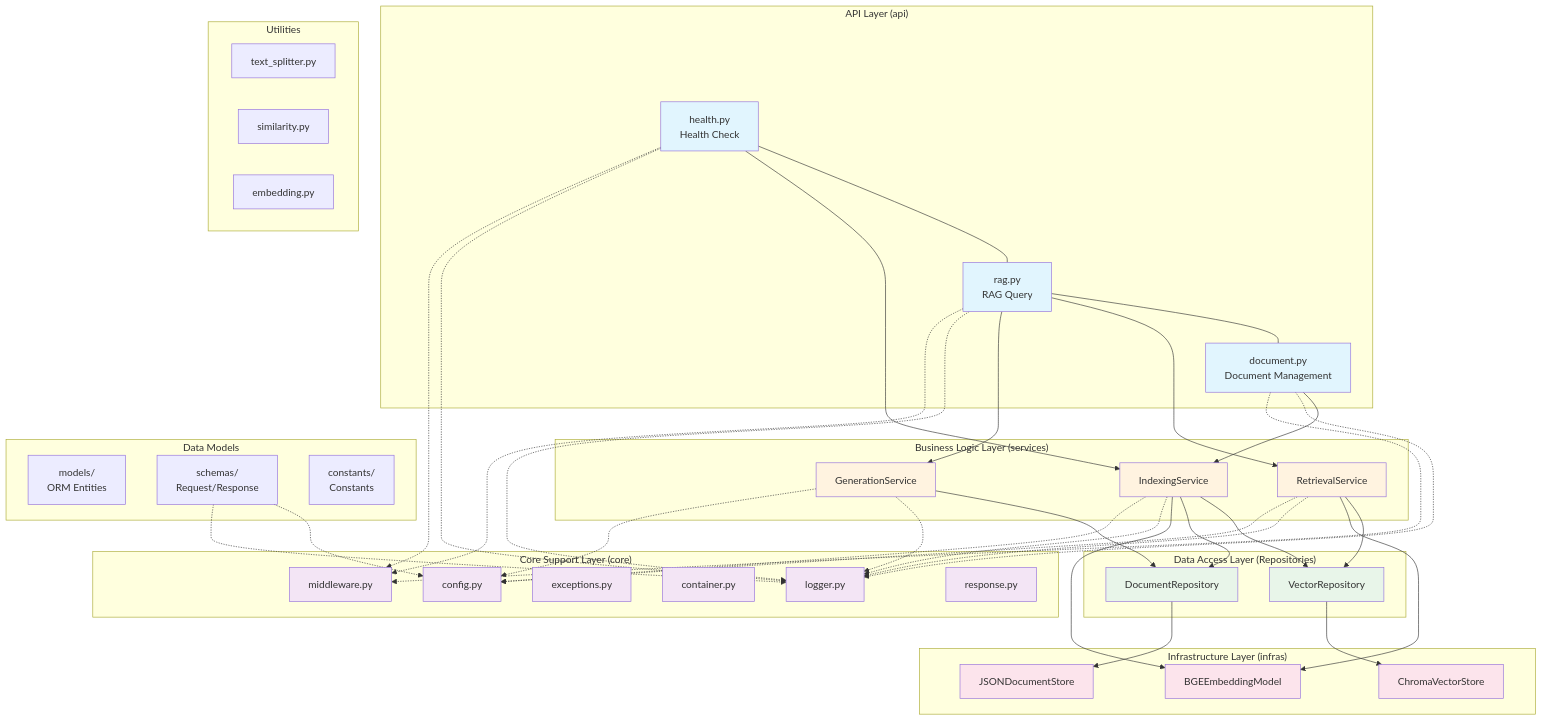
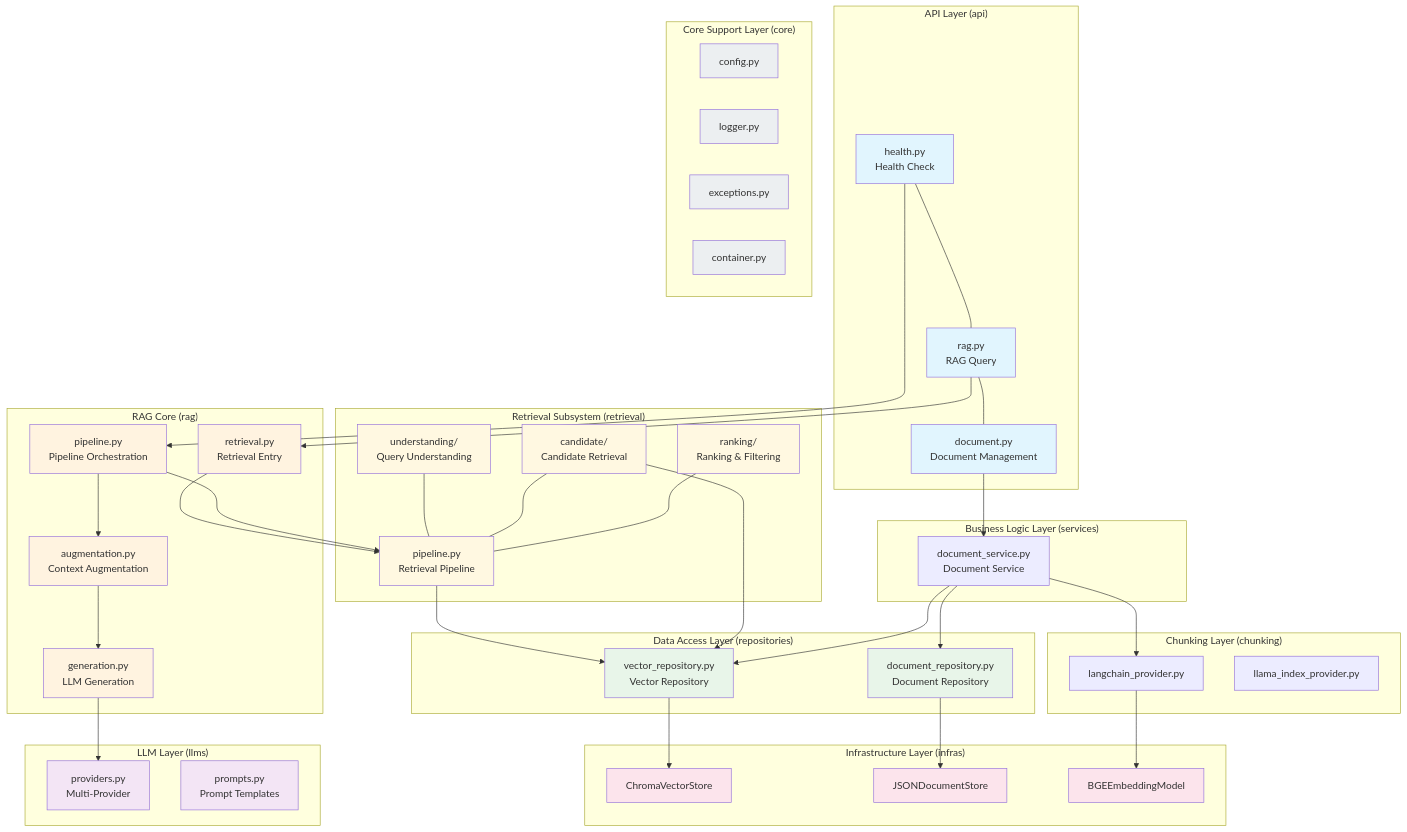
Before and after one commit to chain-engine/x-rag: the first of 3 diagrams in README.en.md, drawn with Mermaid. The commit also changed other lines of this file and 63 other files, not shown here.

````diff
--- a/README.en.md
+++ b/README.en.md
@@ -107,15 +174,30 @@
         A1 --- A2 --- A3
     end
 
-    subgraph "Business Logic Layer (services)"
-        S1["IndexingService"]
-        S2["RetrievalService"]
-        S3["GenerationService"]
+    subgraph "RAG Core (rag)"
+        RAG1["pipeline.py<br/>Pipeline Orchestration"]
+        RAG2["retrieval.py<br/>Retrieval Entry"]
+        RAG3["augmentation.py<br/>Context Augmentation"]
+        RAG4["generation.py<br/>LLM Generation"]
     end
 
-    subgraph "Data Access Layer (Repositories)"
-        R1["VectorRepository"]
-        R2["DocumentRepository"]
+    subgraph "Retrieval Subsystem (retrieval)"
+        RET1["pipeline.py<br/>Retrieval Pipeline"]
+        RET2["understanding/<br/>Query Understanding"]
+        RET3["candidate/<br/>Candidate Retrieval"]
+        RET4["ranking/<br/>Ranking & Filtering"]
+        RET2 --- RET1
+        RET3 --- RET1
+        RET4 --- RET1
+    end
+
+    subgraph "Business Logic Layer (services)"
+        SVC1["document_service.py<br/>Document Service"]
+    end
+
+    subgraph "Data Access Layer (repositories)"
+        REP1["vector_repository.py<br/>Vector Repository"]
+        REP2["document_repository.py<br/>Document Repository"]
     end
 
     subgraph "Infrastructure Layer (infras)"
@@ -124,75 +206,63 @@
         I3["BGEEmbeddingModel"]
     end
 
+    subgraph "LLM Layer (llms)"
+        LLM1["providers.py<br/>Multi-Provider"]
+        LLM2["prompts.py<br/>Prompt Templates"]
+    end
+
+    subgraph "Chunking Layer (chunking)"
+        CHK1["langchain_provider.py"]
+        CHK2["llama_index_provider.py"]
+    end
+
     subgraph "Core Support Layer (core)"
         C1["config.py"]
         C2["logger.py"]
         C3["exceptions.py"]
         C4["container.py"]
-        C5["middleware.py"]
-        C6["response.py"]
     end
 
-    subgraph "Data Models"
-        M1["models/<br/>ORM Entities"]
-        SCH1["schemas/<br/>Request/Response"]
-        CST1["constants/<br/>Constants"]
-    end
+    A1 --> RAG1
+    A2 --> RAG2
+    A3 --> SVC1
 
-    subgraph "Utilities"
-        U1["text_splitter.py"]
-        U2["similarity.py"]
-        U3["embedding.py"]
-    end
+    RAG2 --> RET1
+    RAG1 --> RET1
+    RAG1 --> RAG3
+    RAG3 --> RAG4
+    RAG4 --> LLM1
 
-    A1 --> S1
-    A2 --> S2
-    A2 --> S3
-    A3 --> S1
+    RET1 --> REP1
+    RET3 --> REP1
+    SVC1 --> REP1
+    SVC1 --> REP2
+    SVC1 --> CHK1
+    CHK1 --> I3
 
-    S1 --> R1
-    S1 --> R2
-    S2 --> R1
-    S3 --> R2
-
-    R1 --> I1
-    R2 --> I2
-    S1 --> I3
-    S2 --> I3
-
-    A1 -.-> C2
-    A2 -.-> C2
-    A3 -.-> C2
-    S1 -.-> C2
-    S2 -.-> C2
-    S3 -.-> C2
-
-    S1 -.-> C1
-    S2 -.-> C1
-    S3 -.-> C1
-
-    A1 -.-> C5
-    A2 -.-> C5
-    A3 -.-> C5
-
-    SCH1 -.-> C1
-    SCH1 -.-> C2
+    REP1 --> I1
+    REP2 --> I2
 
     style A1 fill:#e1f5fe
     style A2 fill:#e1f5fe
     style A3 fill:#e1f5fe
-    style S1 fill:#fff3e0
-    style S2 fill:#fff3e0
-    style S3 fill:#fff3e0
-    style R1 fill:#e8f5e9
-    style R2 fill:#e8f5e9
+    style RAG1 fill:#fff3e0
+    style RAG2 fill:#fff3e0
+    style RAG3 fill:#fff3e0
+    style RAG4 fill:#fff3e0
+    style RET1 fill:#fff8e1
+    style RET2 fill:#fff8e1
+    style RET3 fill:#fff8e1
+    style RET4 fill:#fff8e1
+    style REP1 fill:#e8f5e9
+    style REP2 fill:#e8f5e9
     style I1 fill:#fce4ec
     style I2 fill:#fce4ec
     style I3 fill:#fce4ec
-    style C1 fill:#f3e5f5
-    style C2 fill:#f3e5f5
-    style C3 fill:#f3e5f5
-    style C4 fill:#f3e5f5
-    style C5 fill:#f3e5f5
-    style C6 fill:#f3e5f5
+    style LLM1 fill:#f3e5f5
+    style LLM2 fill:#f3e5f5
+    style C1 fill:#eceff1
+    style C2 fill:#eceff1
+    style C3 fill:#eceff1
+    style C4 fill:#eceff1
 ```
````
